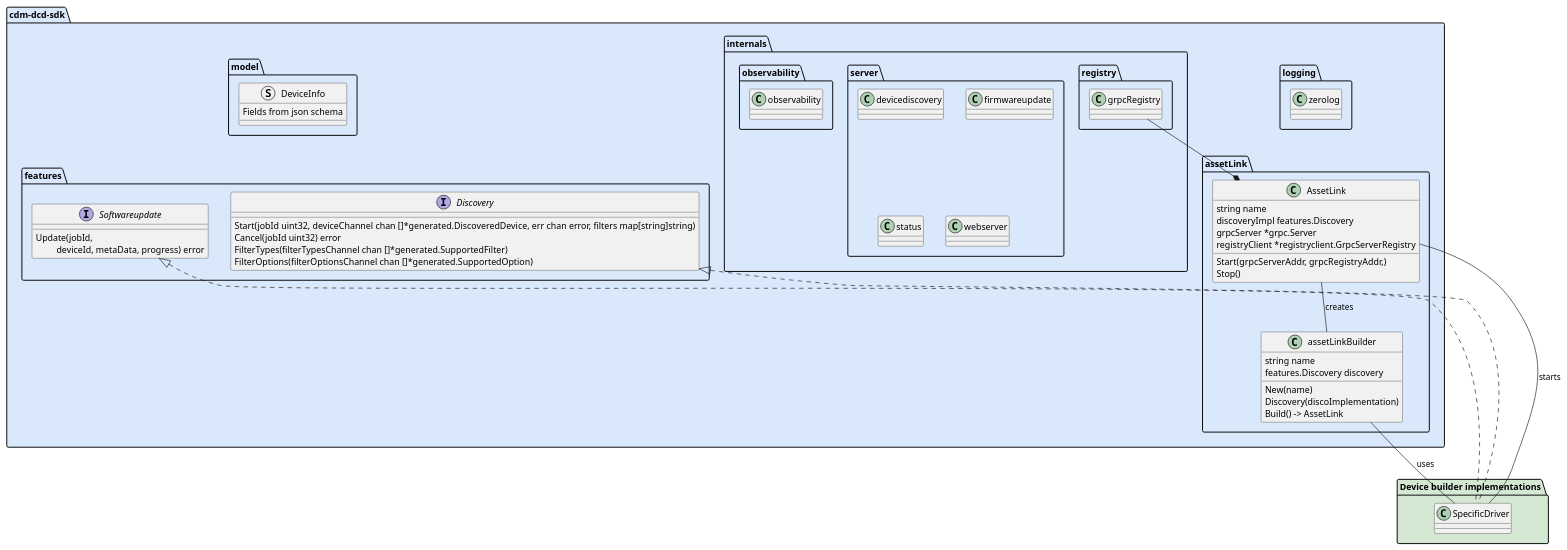
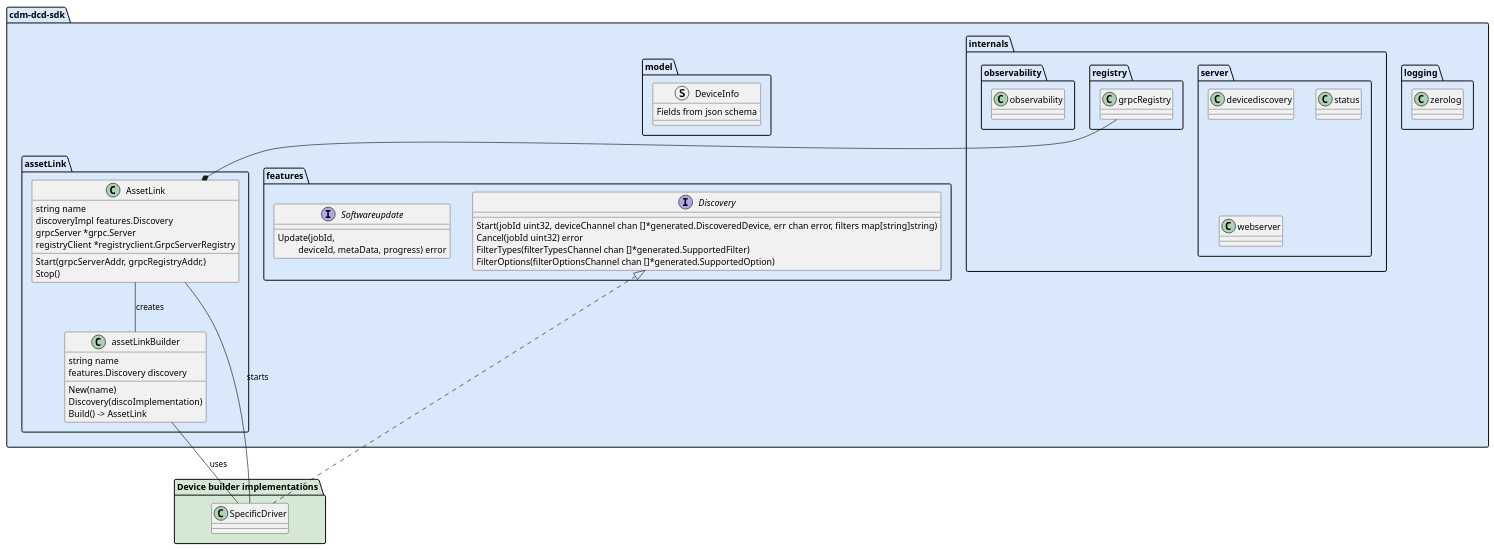
One commit to industrial-asset-hub/asset-link-sdk changed the diagram in README.md. Above: the diagram before and after it, drawn with PlantUML.

Commit message:
chore(readme): remove software update from readme

````diff
--- a/README.md
+++ b/README.md
@@ -14,76 +14,73 @@
 ```plantuml
 package "cdm-dcd-sdk" #DAE8FC {
 package "features" {
 interface Discovery
 interface Softwareupdate
 
 Discovery : Start(jobId uint32, deviceChannel chan []*generated.DiscoveredDevice, err chan error, filters map[string]string)
 Discovery : Cancel(jobId uint32) error
 Discovery : FilterTypes(filterTypesChannel chan []*generated.SupportedFilter)
 Discovery : FilterOptions(filterOptionsChannel chan []*generated.SupportedOption)
 
 Softwareupdate :  Update(jobId, \n\t deviceId, metaData, progress) error
 
 }
 
 package "logging" {
 class zerolog
 
 }
 
 package "internals" {
 package "registry" {
 class grpcRegistry
 }
 
 package "server" {
 class devicediscovery
-class firmwareupdate
 class status
 class webserver
 
 }
 
 package "observability" {
 class observability
 
 }
 }
 
 package "assetLink" {
 AssetLink -- assetLinkBuilder : creates
 AssetLink *-u- grpcRegistry
 
 assetLinkBuilder : string name
 assetLinkBuilder : features.Discovery discovery
 assetLinkBuilder : New(name)
 assetLinkBuilder : Discovery(discoImplementation)
 assetLinkBuilder : Build() -> AssetLink
 
 AssetLink : string name
 AssetLink : discoveryImpl features.Discovery
 AssetLink : grpcServer *grpc.Server
 AssetLink : registryClient *registryclient.GrpcServerRegistry
 AssetLink : Start(grpcServerAddr, grpcRegistryAddr,)
 AssetLink : Stop()
 
 
 }
 
 
 package "model" {
 struct DeviceInfo
 DeviceInfo .d[hidden]. Discovery
-DeviceInfo .d[hidden]. Softwareupdate
 
 DeviceInfo : Fields from json schema
 }
 }
 
 package "Device builder implementations" #D5E8D4 {
 SpecificDriver -u- AssetLink : starts
 SpecificDriver -u- assetLinkBuilder : uses
 SpecificDriver .u.|> Discovery
-SpecificDriver .u.|> Softwareupdate
 }
 ```
````
